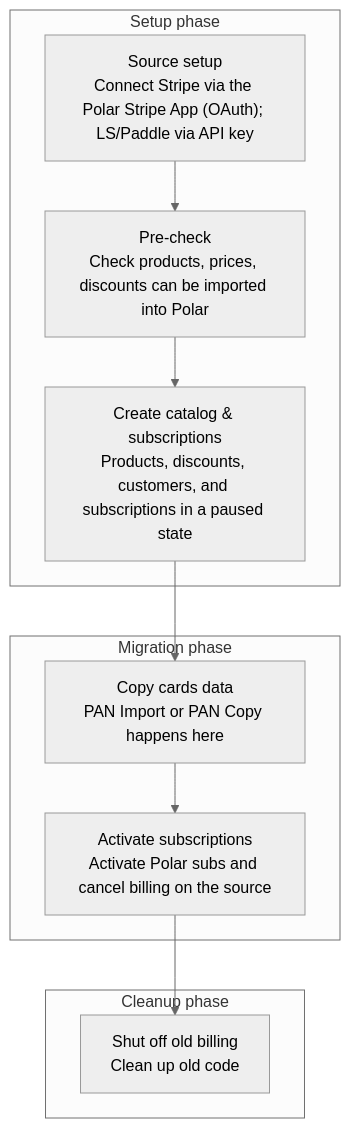
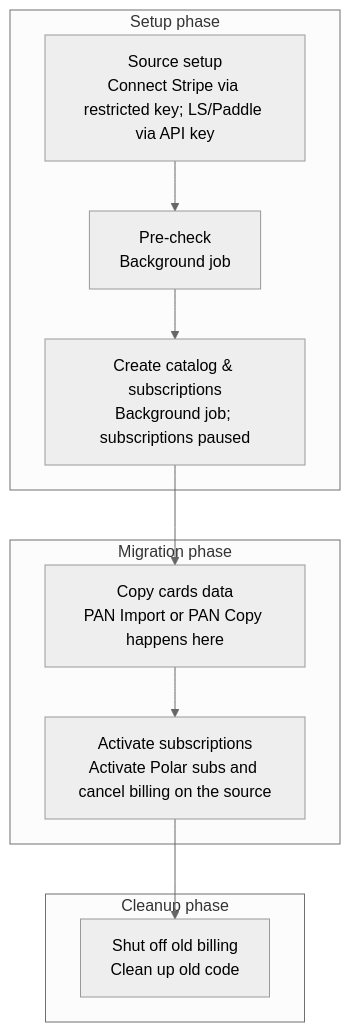
One commit to polarsource/polar changed the diagram in handbook/engineering/design-documents/merchant-migrations.mdx. Above: the diagram before and after it, drawn with Mermaid (neutral theme). The commit also changed other lines of this file, not shown here.

First line of the commit message:
docs: background jobs for merchant migration precheck & catalog import (#13663)

````diff
--- a/handbook/engineering/design-documents/merchant-migrations.mdx
+++ b/handbook/engineering/design-documents/merchant-migrations.mdx
@@ -38,19 +38,19 @@
 ```mermaid
 flowchart TB
   subgraph S["Setup phase"]
-    A["Source setup<br/>Connect Stripe via the Polar Stripe App (OAuth); LS/Paddle via API key"]
-    B["Pre-check<br/>Check products, prices, discounts can be imported into Polar"]
-    C["Create catalog & subscriptions<br/>Products, discounts, customers, and subscriptions in a paused state"]
+    A["Source setup<br/>Connect Stripe via restricted key; LS/Paddle via API key"]
+    B["Pre-check<br/>Background job"]
+    C["Create catalog & subscriptions<br/>Background job; subscriptions paused"]
     A --> B --> C
   end
   subgraph M["Migration phase"]
     D["Copy cards data<br/>PAN Import or PAN Copy happens here"]
     E["Activate subscriptions<br/>Activate Polar subs and cancel billing on the source"]
     D --> E
   end
   subgraph CL["Cleanup phase"]
     F["Shut off old billing<br/>Clean up old code"]
   end
   C --> D
   E --> F
 ```
````
